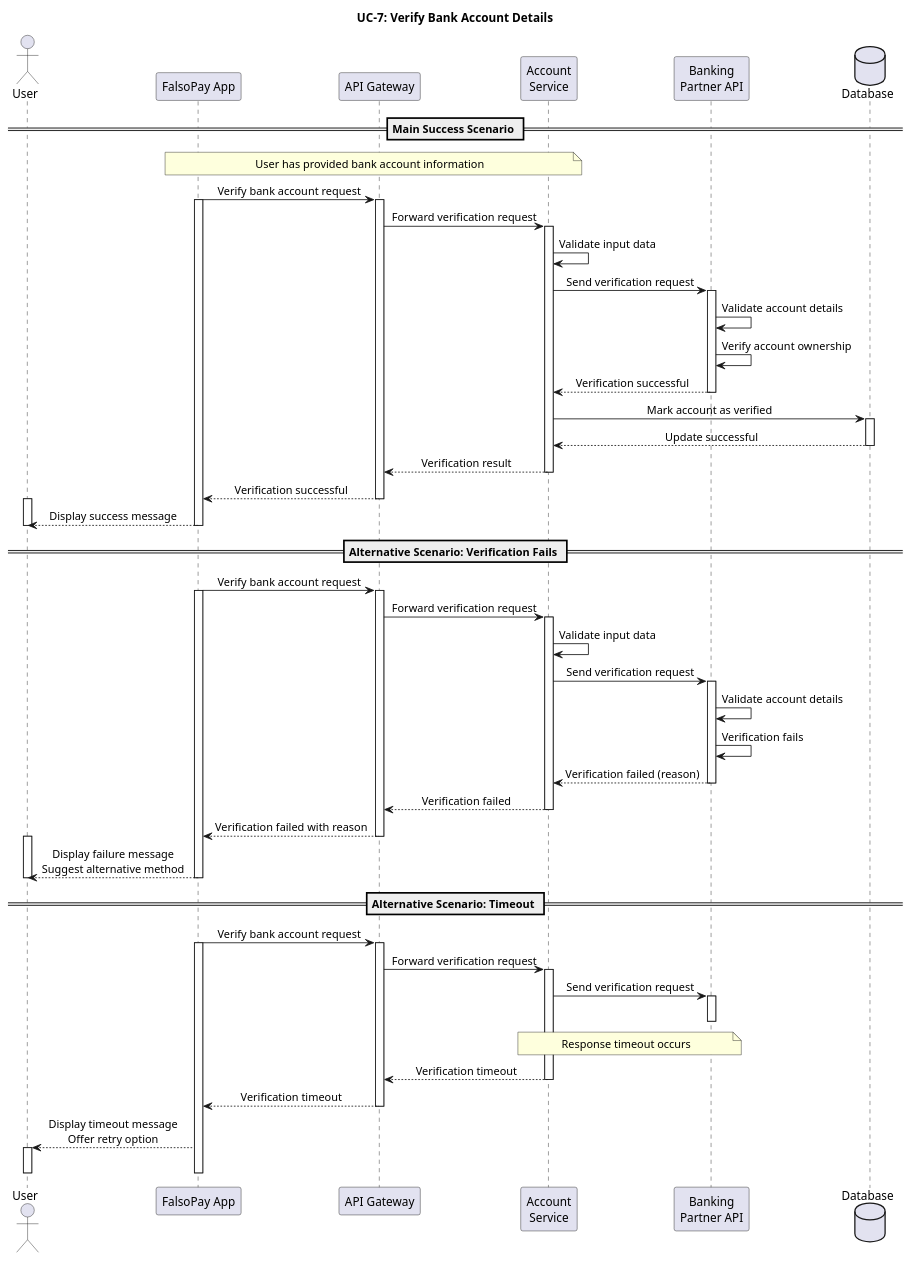
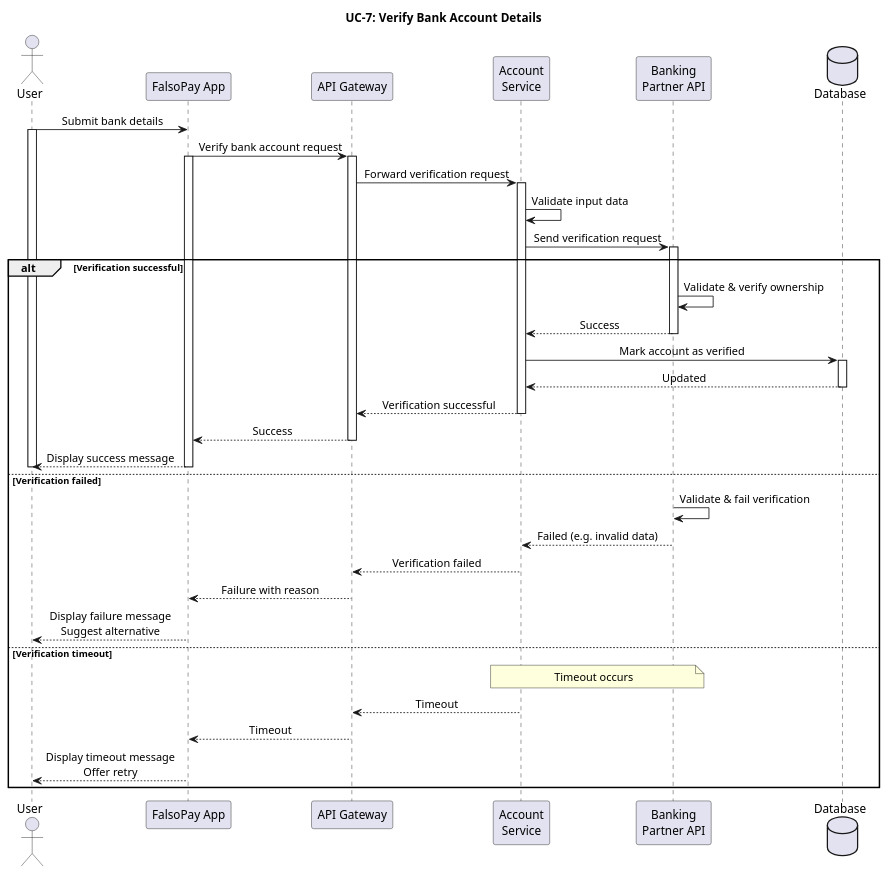
One commit to Adhamzineldin/Falsopay changed the diagram in docs/design/sequence-diagrams/UC7-VerifyBankAccountDetails.puml. Above: the diagram before and after it, drawn with PlantUML.

Commit message:
modify use case #7 sequence diagram

```diff
--- a/docs/design/sequence-diagrams/UC7-VerifyBankAccountDetails.puml
+++ b/docs/design/sequence-diagrams/UC7-VerifyBankAccountDetails.puml
@@ -1,94 +1,77 @@
 @startuml UC7-VerifyBankAccountDetails
 
 skinparam sequenceMessageAlign center
 skinparam backgroundColor white
 skinparam handwritten false
 
 title "UC-7: Verify Bank Account Details"
 
 actor "User" as user
 participant "FalsoPay App" as app
 participant "API Gateway" as gateway
 participant "Account\nService" as accountService
 participant "Banking\nPartner API" as bankingAPI
 database "Database" as db
 
-== Main Success Scenario ==
-
-note over app, accountService: User has provided bank account information
-
+user -> app: Submit bank details
+activate user
 app -> gateway: Verify bank account request
 activate app
 activate gateway
+
 gateway -> accountService: Forward verification request
 activate accountService
+
 accountService -> accountService: Validate input data
 accountService -> bankingAPI: Send verification request
 activate bankingAPI
 
-bankingAPI -> bankingAPI: Validate account details
-bankingAPI -> bankingAPI: Verify account ownership
-bankingAPI --> accountService: Verification successful
-deactivate bankingAPI
+alt Verification successful
+    bankingAPI -> bankingAPI: Validate & verify ownership
+    bankingAPI --> accountService: Success
+    deactivate bankingAPI
 
-accountService -> db: Mark account as verified
-activate db
-db --> accountService: Update successful
-deactivate db
-accountService --> gateway: Verification result
-deactivate accountService
-gateway --> app: Verification successful
-deactivate gateway
-activate user
-app --> user: Display success message
-deactivate app
-deactivate user
+    accountService -> db: Mark account as verified
+    activate db
+    db --> accountService: Updated
+    deactivate db
 
-== Alternative Scenario: Verification Fails ==
+    accountService --> gateway: Verification successful
+    deactivate accountService
+    gateway --> app: Success
+    deactivate gateway
 
-app -> gateway: Verify bank account request
-activate app
-activate gateway
-gateway -> accountService: Forward verification request
-activate accountService
-accountService -> accountService: Validate input data
-accountService -> bankingAPI: Send verification request
-activate bankingAPI
+    app --> user: Display success message
+    deactivate app
+    deactivate user
 
-bankingAPI -> bankingAPI: Validate account details
-bankingAPI -> bankingAPI: Verification fails
-bankingAPI --> accountService: Verification failed (reason)
-deactivate bankingAPI
+else Verification failed
+    bankingAPI -> bankingAPI: Validate & fail verification
+    bankingAPI --> accountService: Failed (e.g. invalid data)
+    deactivate bankingAPI
 
-accountService --> gateway: Verification failed
-deactivate accountService
-gateway --> app: Verification failed with reason
-deactivate gateway
-activate user
-app --> user: Display failure message\nSuggest alternative method
-deactivate user
-deactivate app
+    accountService --> gateway: Verification failed
+    deactivate accountService
+    gateway --> app: Failure with reason
+    deactivate gateway
 
-== Alternative Scenario: Timeout ==
+    app --> user: Display failure message\nSuggest alternative
+    deactivate app
+    deactivate user
 
-app -> gateway: Verify bank account request
-activate app
-activate gateway
-gateway -> accountService: Forward verification request
-activate accountService
-accountService -> bankingAPI: Send verification request
-activate bankingAPI
+else Verification timeout
+    note over accountService, bankingAPI: Timeout occurs
+    deactivate bankingAPI
 
-note over accountService, bankingAPI: Response timeout occurs
+    accountService --> gateway: Timeout
+    deactivate accountService
+    gateway --> app: Timeout
+    deactivate gateway
 
-deactivate bankingAPI
-accountService --> gateway: Verification timeout
-deactivate accountService
-gateway --> app: Verification timeout
-deactivate gateway
-app --> user: Display timeout message\nOffer retry option
-activate user
-deactivate user
-deactivate app
+    app --> user: Display timeout message\nOffer retry
+    deactivate app
+    deactivate user
+
+end
 
 @enduml
```
